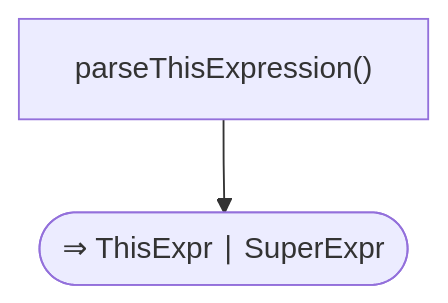
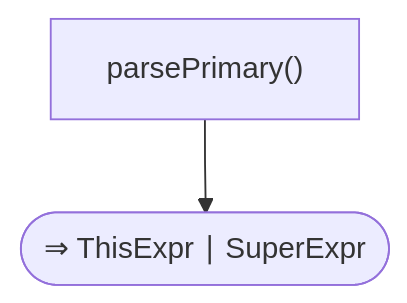
One commit to sadlang/sadlang changed diagram 32 of 33 in docs/parser_rule/_generated/30_oop.md. Above: the diagram before and after it, drawn with Mermaid. The commit also changed other lines of this file and 593 other files, not shown here.

````diff
--- a/docs/parser_rule/_generated/30_oop.md
+++ b/docs/parser_rule/_generated/30_oop.md
@@ -1172,6 +1329,6 @@
 ```mermaid
 flowchart TD
-  f1["parseThisExpression()"]
+  f1["parsePrimary()"]
   f2(["⇒ ThisExpr ∣ SuperExpr"])
   f1 --> f2
 ```
````
